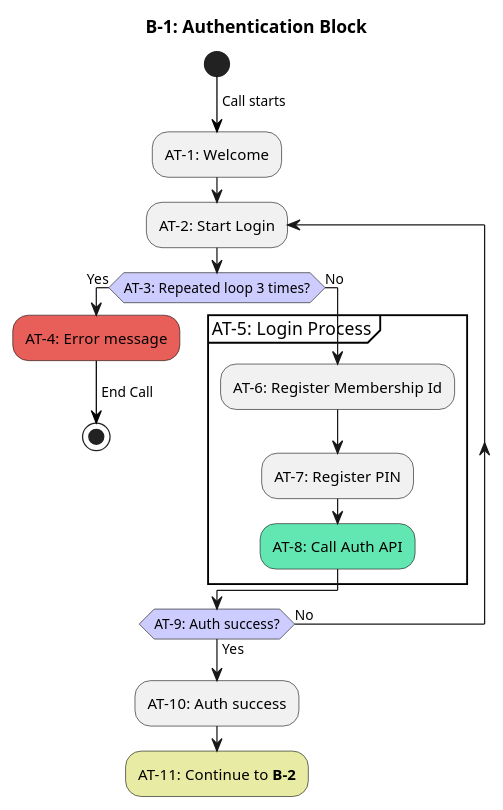
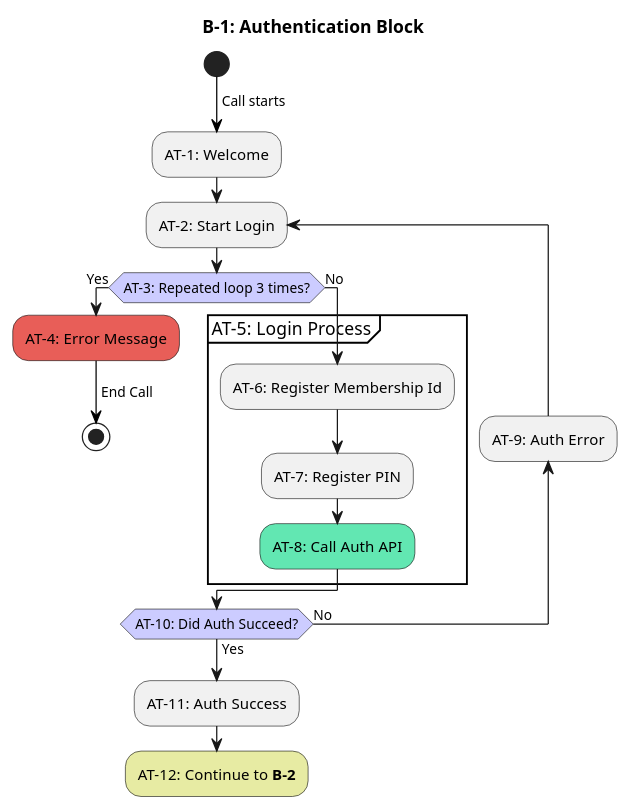
The diagram in doc/activity-diagram-authentication-block.puml (sequentech/ivr-lambdas), drawn with PlantUML before and after one commit. The commit also changed 1 other file, not shown here.

```diff
--- a/doc/activity-diagram-authentication-block.puml
+++ b/doc/activity-diagram-authentication-block.puml
@@ -1,39 +1,40 @@
 @startuml
 title B-1: Authentication Block
 
 <style>
 activityDiagram {
   diamond {
     BackgroundColor #ccf
   }
 }
 </style>
 
 skinparam activity {
   BackgroundColor<<Error>> #e85e58
   BackgroundColor<<ApiCall>> #62e7b2
   BackgroundColor<<Continue>> #e7eba3
   BackgroundColor<<Question>> #e7eba3
 }
 
 start
 -[#black]-> Call starts;
 :AT-1: Welcome;
 repeat :AT-2: Start Login;
     if (AT-3: Repeated loop 3 times?) then (Yes)
-        <<Error>>:AT-4: Error message;
+        <<Error>>:AT-4: Error Message;
         -[#black]-> End Call;
         stop
     else (No)
         partition "AT-5: Login Process" {
             :AT-6: Register Membership Id;
             :AT-7: Register PIN;
             <<ApiCall>>:AT-8: Call Auth API;
         }
     endif
-repeat while (AT-9: Auth success?) is (No) not (Yes)
+backward :AT-9: Auth Error;
+repeat while (AT-10: Did Auth Succeed?) is (No) not (Yes)
 
-:AT-10: Auth success;
-<<Continue>>:AT-11: Continue to <b>B-2</b>;
+:AT-11: Auth Success;
+<<Continue>>:AT-12: Continue to <b>B-2</b>;
 
 @enduml
```
